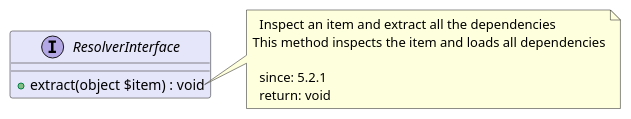
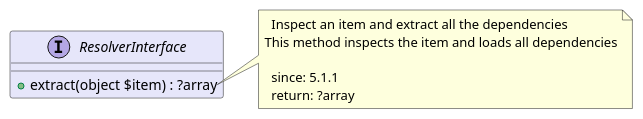
One commit to joomengine/jcb-packager changed the diagram in src/40cacef9-c4be-40ac-95e4-0925b980731d/README.md. Above: the diagram before and after it, drawn with PlantUML. The commit also changed other lines of this file and 498 other files, not shown here.

````diff
--- a/src/40cacef9-c4be-40ac-95e4-0925b980731d/README.md
+++ b/src/40cacef9-c4be-40ac-95e4-0925b980731d/README.md
@@ -12,16 +5,17 @@
 ```uml
 @startuml
+
 interface ResolverInterface  #Lavender {
-  + extract(object $item) : void
+  + extract(object $item) : ?array
 }
 
 note right of ResolverInterface::extract
   Inspect an item and extract all the dependencies
 This method inspects the item and loads all dependencies
 
-  since: 5.2.1
-  return: void
+  since: 5.1.1
+  return: ?array
 end note
- 
+
 @enduml
 ```
````
